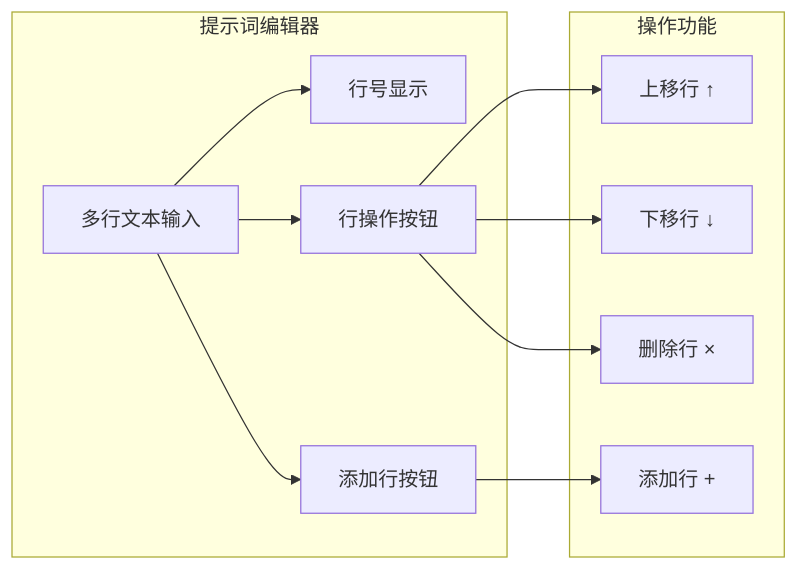
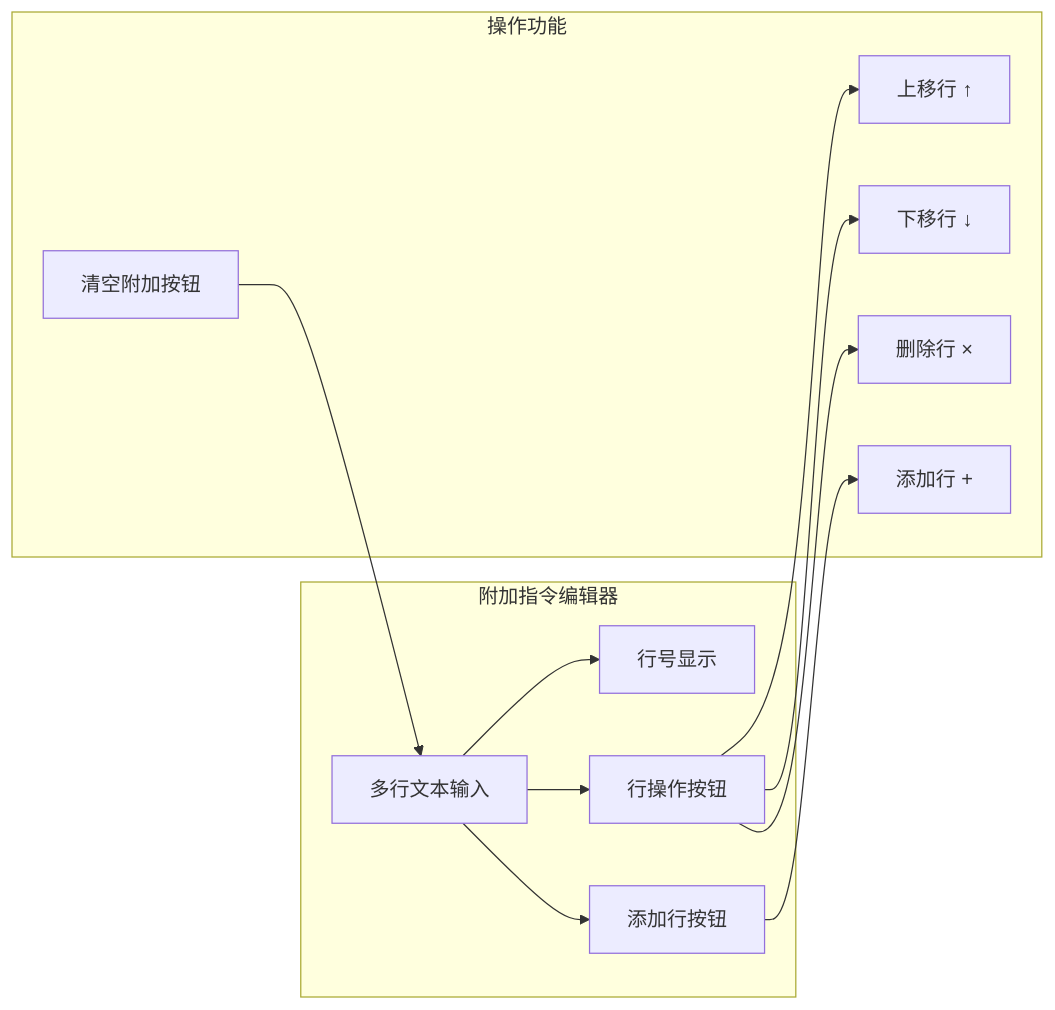
The fifth of 7 diagrams in .qoder/repowiki/zh/content/用户界面系统/提示词配置页面.md (suzvka/RimLife), drawn with Mermaid before and after one commit. The commit also changed other lines of this file and 32 other files, not shown here.

````diff
--- a/.qoder/repowiki/zh/content/用户界面系统/提示词配置页面.md
+++ b/.qoder/repowiki/zh/content/用户界面系统/提示词配置页面.md
@@ -231,22 +254,24 @@
 ```mermaid
 graph LR
-subgraph "提示词编辑器"
+subgraph "附加指令编辑器"
 A[多行文本输入]
 B[行号显示]
 C[行操作按钮]
 D[添加行按钮]
 end
 subgraph "操作功能"
 E[上移行 ↑]
 F[下移行 ↓]
 G[删除行 ×]
 H[添加行 +]
+I[清空附加按钮]
 end
 A --> B
 A --> C
 C --> E
 C --> F
 C --> G
 A --> D
 D --> H
+I --> A
 ```
````
